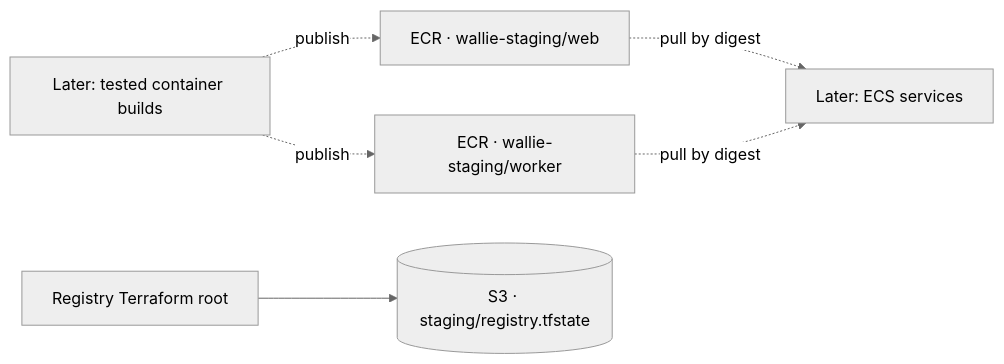
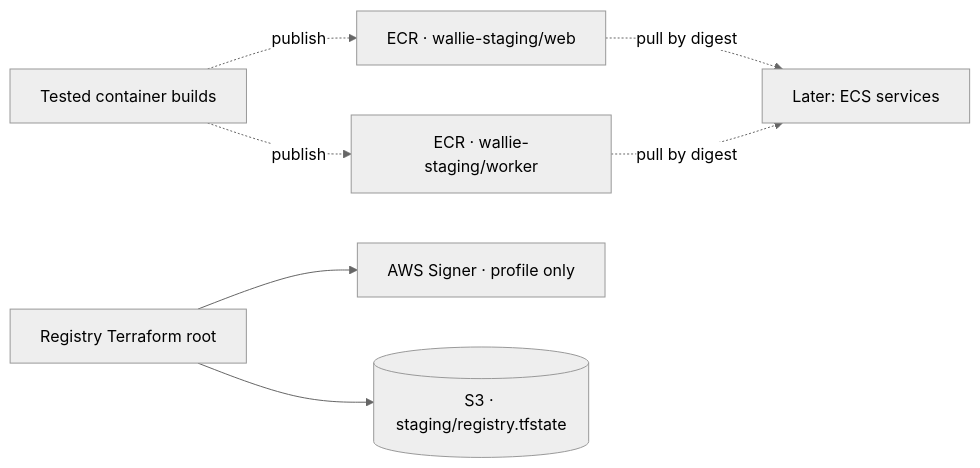
The diagram in docs/AWS-STAGING-REGISTRY.md (anantjain-xyz/wallie-dev), drawn with Mermaid (neutral theme) before and after one commit. The commit also changed other lines of this file and 9 other files, not shown here.

First line of the commit message:
Prepare an AWS signing profile for staging images

````diff
--- a/docs/AWS-STAGING-REGISTRY.md
+++ b/docs/AWS-STAGING-REGISTRY.md
@@ -5,8 +5,9 @@
 ```mermaid
 flowchart LR
-    build["Later: tested container builds"] -. publish .-> web["ECR · wallie-staging/web"]
+    build["Tested container builds"] -. publish .-> web["ECR · wallie-staging/web"]
     build -. publish .-> worker["ECR · wallie-staging/worker"]
     web -. pull by digest .-> ecs["Later: ECS services"]
     worker -. pull by digest .-> ecs
-    terraform["Registry Terraform root"] --> state[("S3 · staging/registry.tfstate")]
+    terraform["Registry Terraform root"] --> signer["AWS Signer · profile only"]
+    terraform --> state[("S3 · staging/registry.tfstate")]
 ```
````
